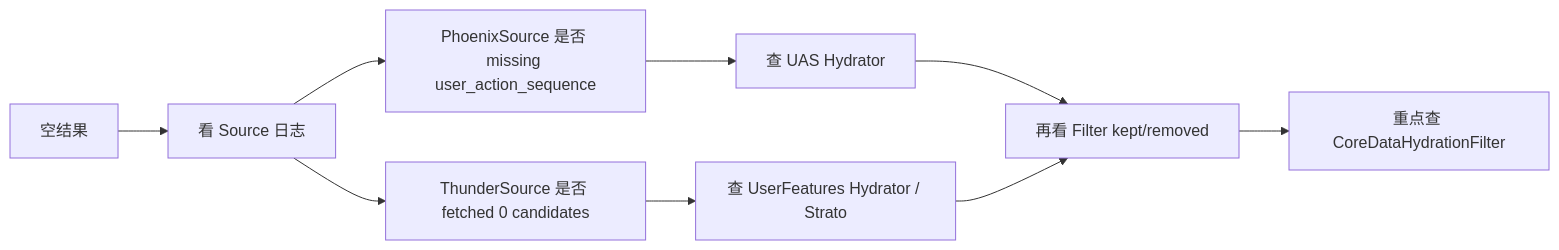
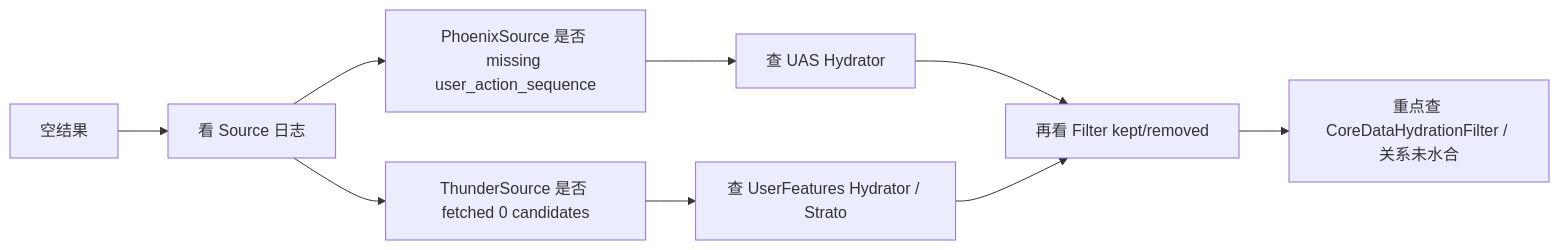
The second of 2 diagrams in docs/home-mixer/09-debugging-and-observability.md (freefcw/x-algorithm), drawn with Mermaid before and after one commit. The commit also changed other lines of this file and 17 other files, not shown here.

````diff
--- a/docs/home-mixer/09-debugging-and-observability.md
+++ b/docs/home-mixer/09-debugging-and-observability.md
@@ -165,11 +166,11 @@
 ```mermaid
 flowchart LR
     A["空结果"] --> B["看 Source 日志"]
     B --> C["PhoenixSource 是否 missing user_action_sequence"]
     B --> D["ThunderSource 是否 fetched 0 candidates"]
     C --> E["查 UAS Hydrator"]
     D --> F["查 UserFeatures Hydrator / Strato"]
     E --> G["再看 Filter kept/removed"]
     F --> G
-    G --> H["重点查 CoreDataHydrationFilter"]
+    G --> H["重点查 CoreDataHydrationFilter / 关系未水合"]
 ```
````
